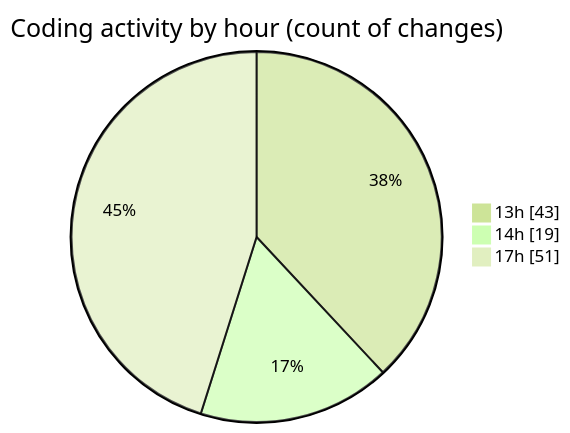
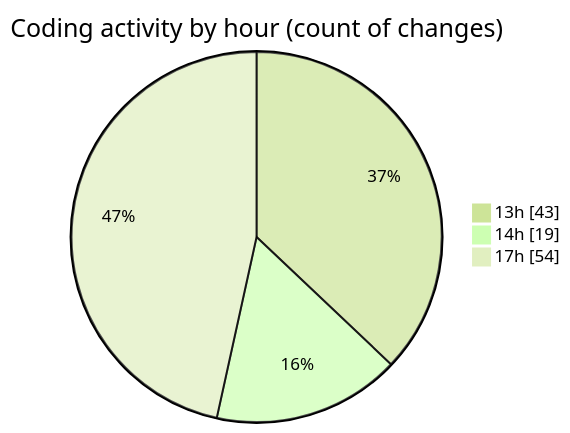
One commit to MatusMokan/code-tracking changed the second of 2 diagrams in 2025-10-04/untitled__workspace_/README.md. Above: the diagram before and after it, drawn with Mermaid (forest theme). The commit also changed other lines of this file and 1 other file, not shown here.

````diff
--- a/2025-10-04/untitled__workspace_/README.md
+++ b/2025-10-04/untitled__workspace_/README.md
@@ -46,7 +46,7 @@
 ```mermaid
 pie showData
 title Coding activity by hour (count of changes)
 "13h" : 43
 "14h" : 19
-"17h" : 51
+"17h" : 54
 ```
````
